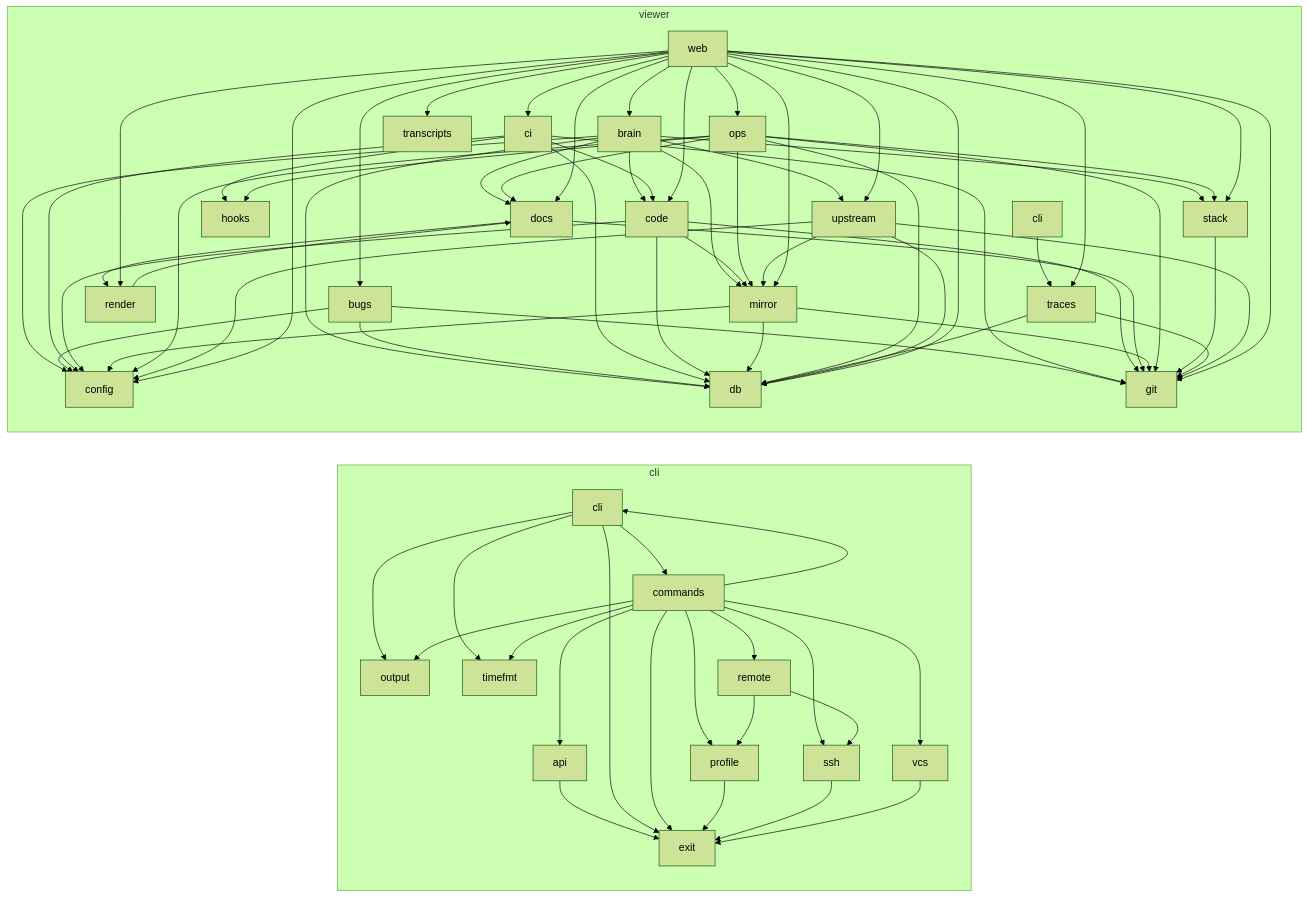
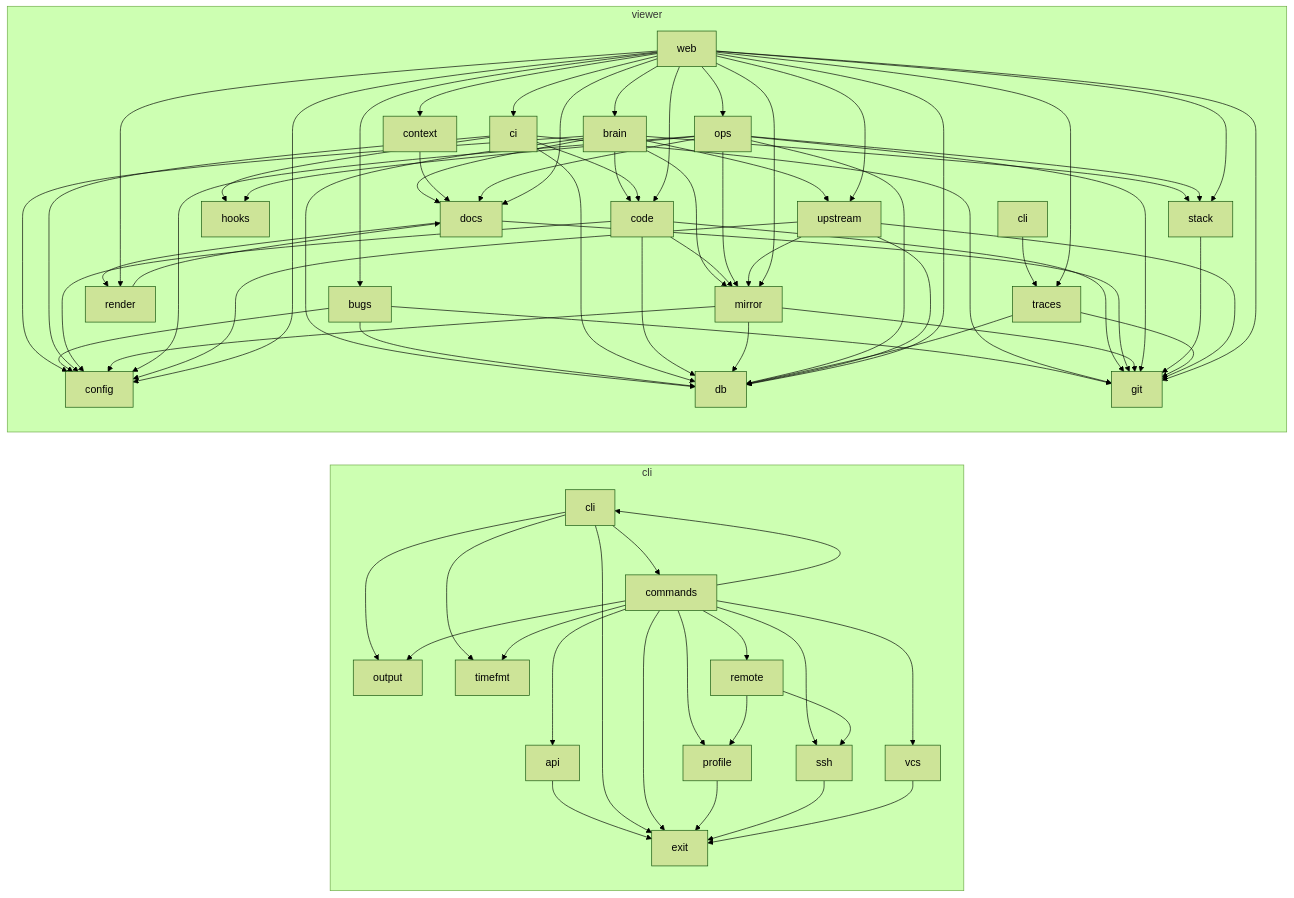
Before and after one commit to matthiasdebernardini/nashcode: the second of 2 diagrams in ARCHITECTURE.md, drawn with Mermaid (forest theme). The commit also changed 8 other files, not shown here.

Commit message:
context: POST/GET /:repo/context/:kind replaces /transcripts

````diff
--- a/ARCHITECTURE.md
+++ b/ARCHITECTURE.md
@@ -77,6 +77,7 @@
     viewer_cli[cli]
     viewer_code[code]
     viewer_config[config]
+    viewer_context[context]
     viewer_db[db]
     viewer_docs[docs]
     viewer_git[git]
@@ -86,7 +87,6 @@
     viewer_render[render]
     viewer_stack[stack]
     viewer_traces[traces]
-    viewer_transcripts[transcripts]
     viewer_upstream[upstream]
     viewer_web[web]
   end
@@ -110,6 +110,7 @@
   viewer_code --> viewer_db
   viewer_code --> viewer_git
   viewer_code --> viewer_mirror
+  viewer_context --> viewer_docs
   viewer_docs --> viewer_git
   viewer_docs --> viewer_render
   viewer_mirror --> viewer_config
@@ -135,6 +136,7 @@
   viewer_web --> viewer_ci
   viewer_web --> viewer_code
   viewer_web --> viewer_config
+  viewer_web --> viewer_context
   viewer_web --> viewer_db
   viewer_web --> viewer_docs
   viewer_web --> viewer_git
@@ -143,6 +145,5 @@
   viewer_web --> viewer_render
   viewer_web --> viewer_stack
   viewer_web --> viewer_traces
-  viewer_web --> viewer_transcripts
   viewer_web --> viewer_upstream
 ```
````
